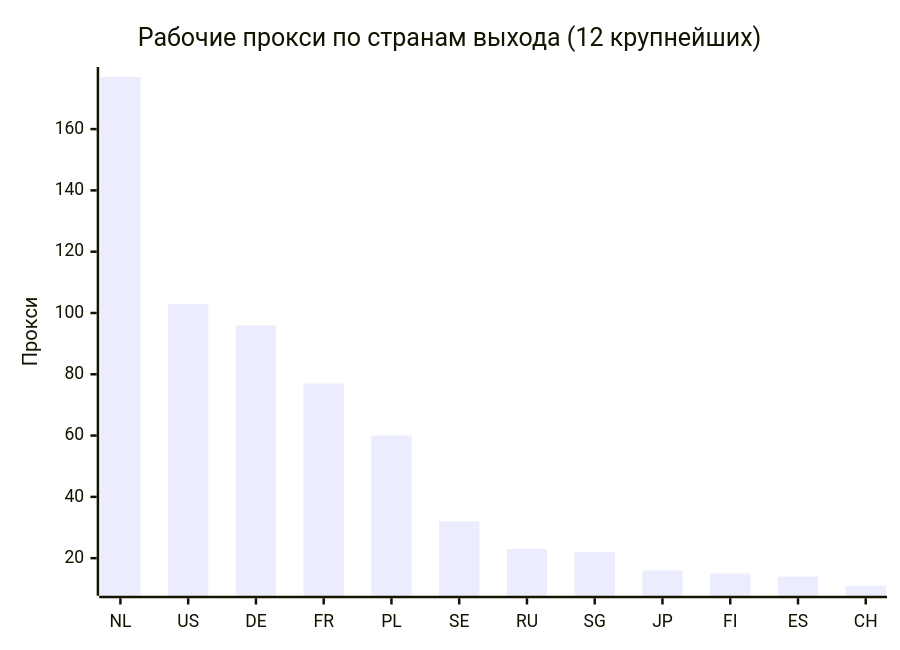
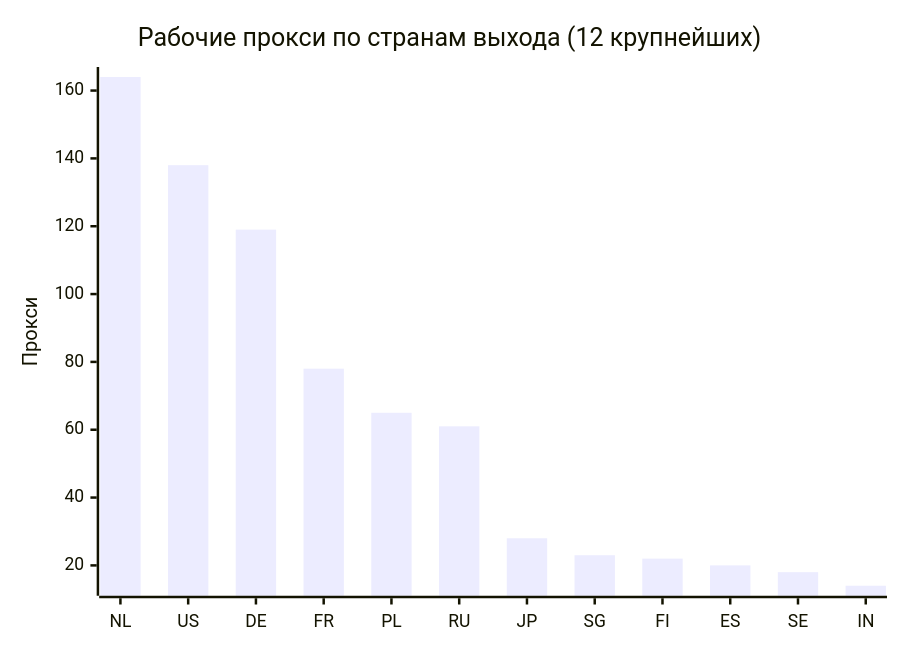
The second of 4 diagrams in README.md (rvvg/proxy-subs), drawn with Mermaid before and after one commit. The commit also changed other lines of this file and 47 other files, not shown here.

````diff
--- a/README.md
+++ b/README.md
@@ -129,7 +127,7 @@
 ```mermaid
 xychart-beta
     title "Рабочие прокси по странам выхода (12 крупнейших)"
-    x-axis ["NL", "US", "DE", "FR", "PL", "SE", "RU", "SG", "JP", "FI", "ES", "CH"]
+    x-axis ["NL", "US", "DE", "FR", "PL", "RU", "JP", "SG", "FI", "ES", "SE", "IN"]
     y-axis "Прокси"
-    bar [177, 103, 96, 77, 60, 32, 23, 22, 16, 15, 14, 11]
+    bar [164, 138, 119, 78, 65, 61, 28, 23, 22, 20, 18, 14]
 ```
````
